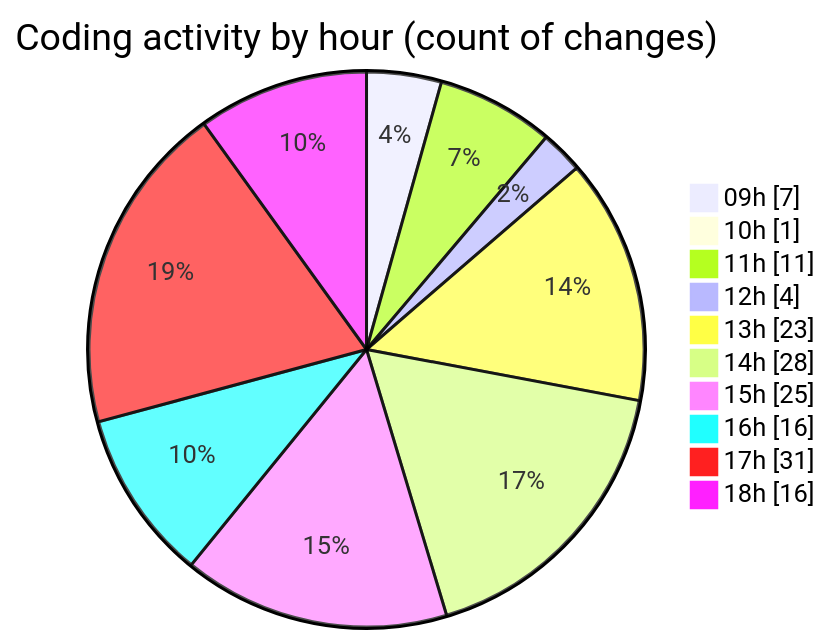
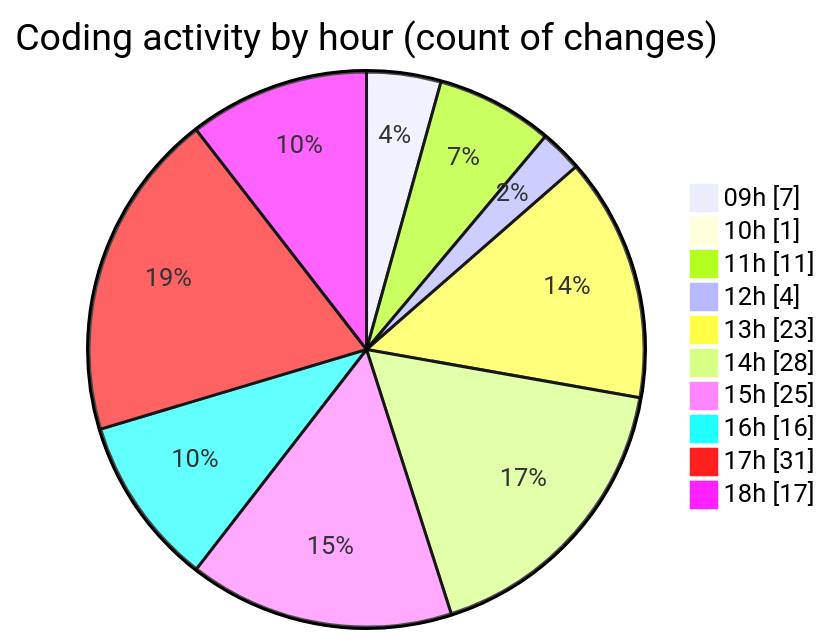
Before and after one commit to momahboobian/code-tracking: the second of 2 diagrams in 2026-04-22/cda/README.md, drawn with Mermaid. The commit also changed other lines of this file and 1 other file, not shown here.

````diff
--- a/2026-04-22/cda/README.md
+++ b/2026-04-22/cda/README.md
@@ -55,14 +55,14 @@
 ```mermaid
 pie showData
 title Coding activity by hour (count of changes)
 "09h" : 7
 "10h" : 1
 "11h" : 11
 "12h" : 4
 "13h" : 23
 "14h" : 28
 "15h" : 25
 "16h" : 16
 "17h" : 31
-"18h" : 16
+"18h" : 17
 ```
````
